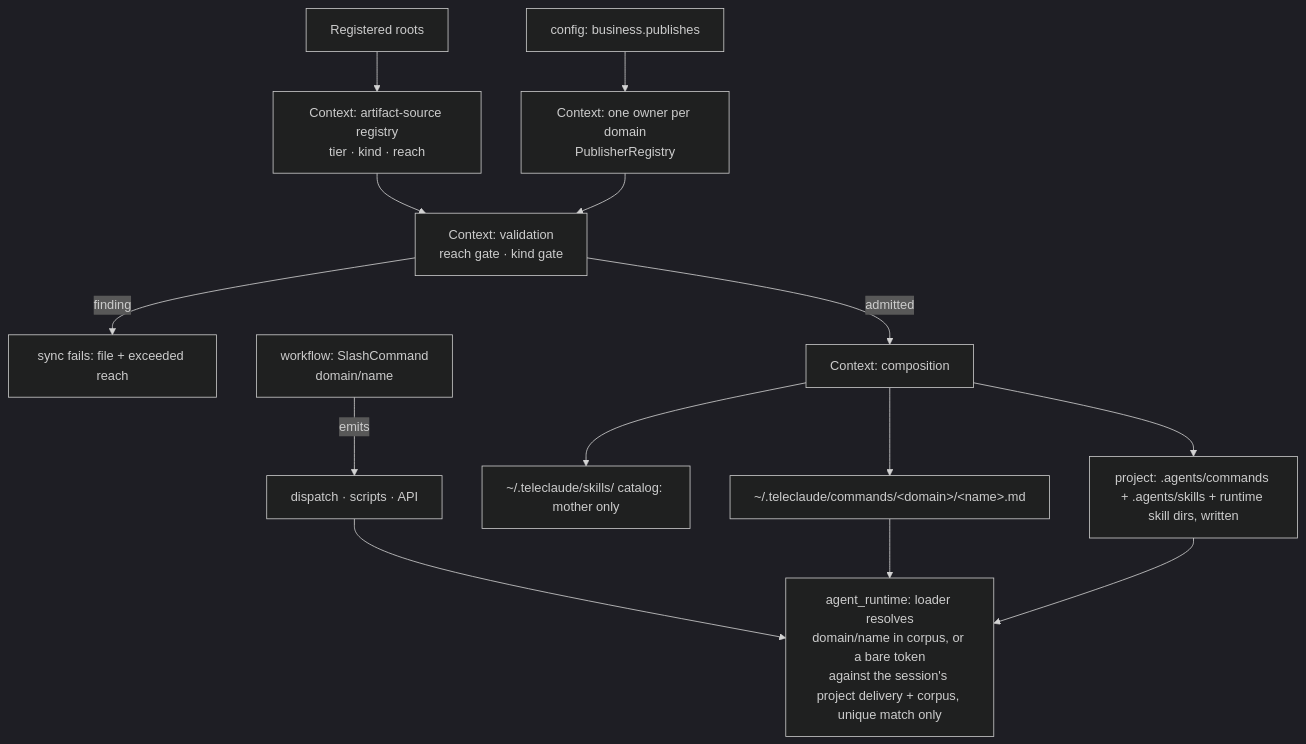
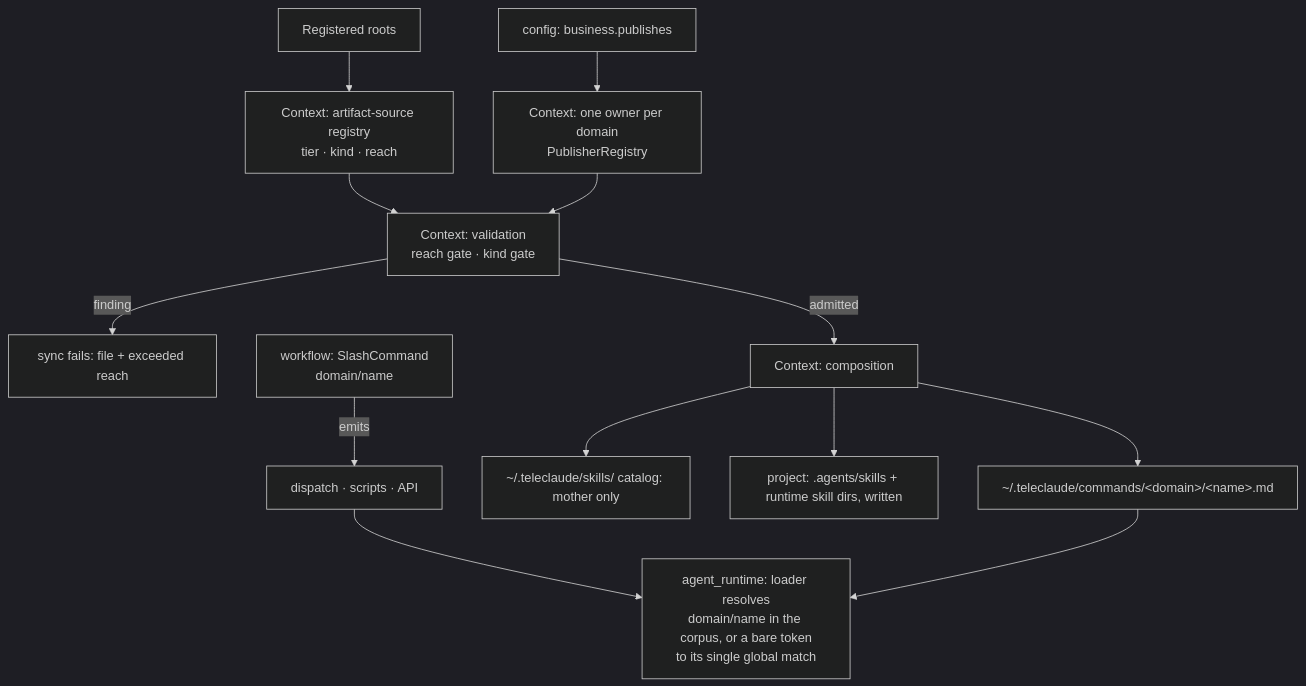
Before and after one commit to InstruktAI/TeleClaude: the first of 2 diagrams in docs/project/design/architecture/agent-artifact-distribution.md, drawn with Mermaid (dark theme). The commit also changed other lines of this file and 3 other files, not shown here.

First line of the commit message:
docs(agent-artifacts): keep project-command resolution with the corpus sibling; scenarios at behavior level

````diff
--- a/docs/project/design/architecture/agent-artifact-distribution.md
+++ b/docs/project/design/architecture/agent-artifact-distribution.md
@@ -165,16 +162,15 @@
 ```mermaid
 flowchart TD
     R[Registered roots] --> REG[Context: artifact-source registry<br/>tier · kind · reach]
     CFG[config: business.publishes] --> OWN[Context: one owner per domain<br/>PublisherRegistry]
     REG --> V[Context: validation<br/>reach gate · kind gate]
     OWN --> V
     V -->|finding| FAIL[sync fails: file + exceeded reach]
     V -->|admitted| C[Context: composition]
     C --> CORPUS[~/.teleclaude/commands/&lt;domain&gt;/&lt;name&gt;.md]
     C --> CAT[~/.teleclaude/skills/ catalog: mother only]
-    C --> LOCAL[project: .agents/commands + .agents/skills + runtime skill dirs, written]
+    C --> LOCAL[project: .agents/skills + runtime skill dirs, written]
     WF[workflow: SlashCommand<br/>domain/name] -->|emits| DISPATCH[dispatch · scripts · API]
-    DISPATCH --> AR[agent_runtime: loader resolves<br/>domain/name in corpus, or a bare token<br/>against the session's project delivery + corpus, unique match only]
+    DISPATCH --> AR[agent_runtime: loader resolves<br/>domain/name in the corpus, or a bare token<br/>to its single global match]
     CORPUS --> AR
-    LOCAL --> AR
 ```
````
